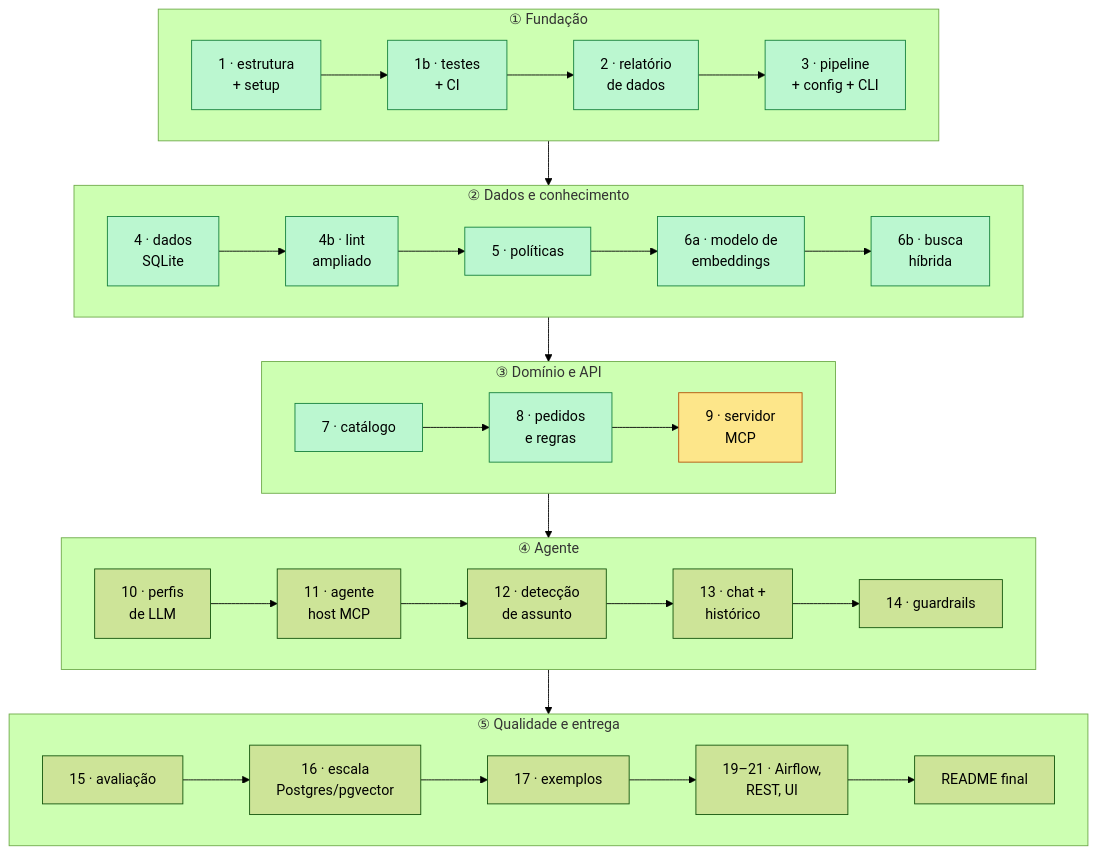
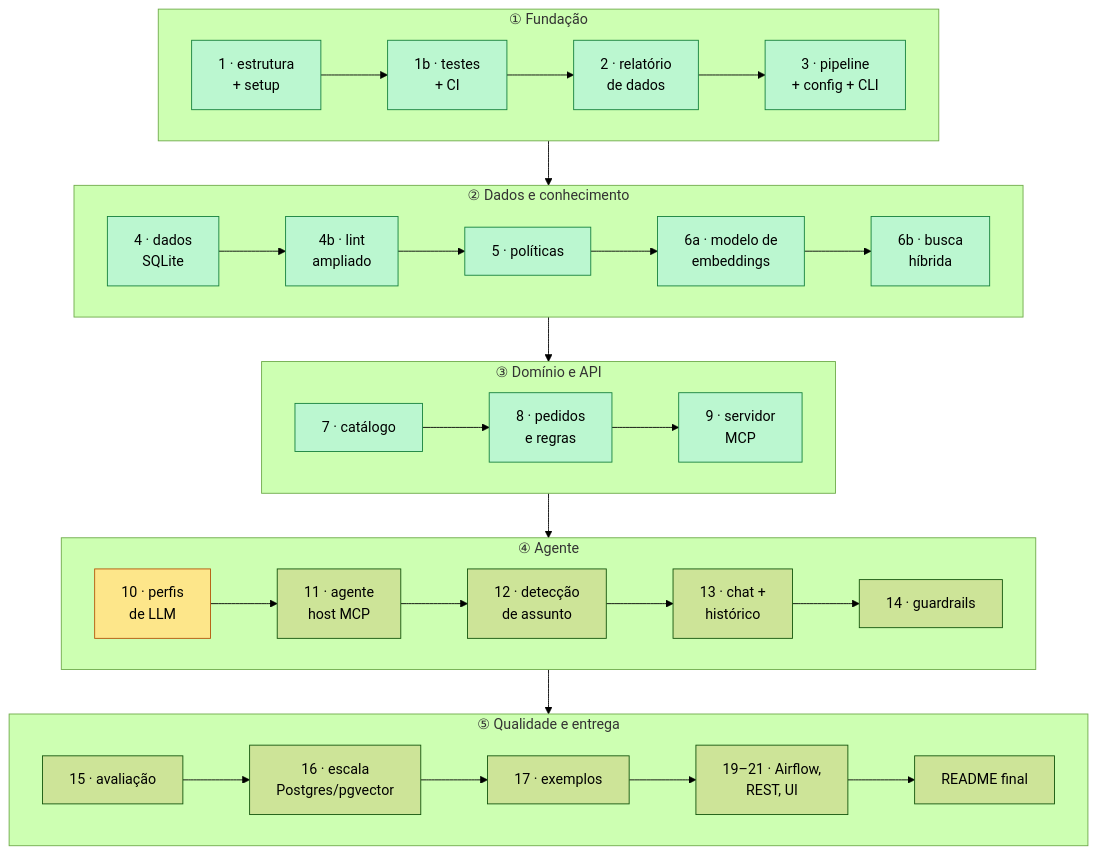
Before and after one commit to RonildoSilva/ai-engineer-challenge: diagram 16 of 16 in README.md, drawn with Mermaid (forest theme). The commit also changed other lines of this file and 8 other files, not shown here.

First line of the commit message:
feat(mcp): servidor MCP com 8 tools, resources e persona, via stdio e HTTP

````diff
--- a/README.md
+++ b/README.md
@@ -598,26 +660,26 @@
 ```mermaid
 flowchart TD
     subgraph F1["① Fundação"]
         direction LR
         C1["1 · estrutura<br/>+ setup"]:::done --> C1b["1b · testes<br/>+ CI"]:::done --> C2["2 · relatório<br/>de dados"]:::done --> C3["3 · pipeline<br/>+ config + CLI"]:::done
     end
     subgraph F2["② Dados e conhecimento"]
         direction LR
         C4["4 · dados<br/>SQLite"]:::done --> C4b["4b · lint<br/>ampliado"]:::done --> C5["5 · políticas"]:::done --> C6a["6a · modelo de<br/>embeddings"]:::done --> C6b["6b · busca<br/>híbrida"]:::done
     end
     subgraph F3["③ Domínio e API"]
         direction LR
-        C7["7 · catálogo"]:::done --> C8["8 · pedidos<br/>e regras"]:::done --> C9["9 · servidor<br/>MCP"]:::next
+        C7["7 · catálogo"]:::done --> C8["8 · pedidos<br/>e regras"]:::done --> C9["9 · servidor<br/>MCP"]:::done
     end
     subgraph F4["④ Agente"]
         direction LR
-        C10["10 · perfis<br/>de LLM"] --> C11["11 · agente<br/>host MCP"] --> C12["12 · detecção<br/>de assunto"] --> C13["13 · chat +<br/>histórico"] --> C14["14 · guardrails"]
+        C10["10 · perfis<br/>de LLM"]:::next --> C11["11 · agente<br/>host MCP"] --> C12["12 · detecção<br/>de assunto"] --> C13["13 · chat +<br/>histórico"] --> C14["14 · guardrails"]
     end
     subgraph F5["⑤ Qualidade e entrega"]
         direction LR
         C15["15 · avaliação"] --> C16["16 · escala<br/>Postgres/pgvector"] --> C17["17 · exemplos"] --> CX["19–21 · Airflow,<br/>REST, UI"] --> C18["README final"]
     end
     F1 --> F2 --> F3 --> F4 --> F5
     classDef next fill:#fde68a,stroke:#b45309,color:#000
     classDef done fill:#bbf7d0,stroke:#15803d,color:#000
 ```
````
